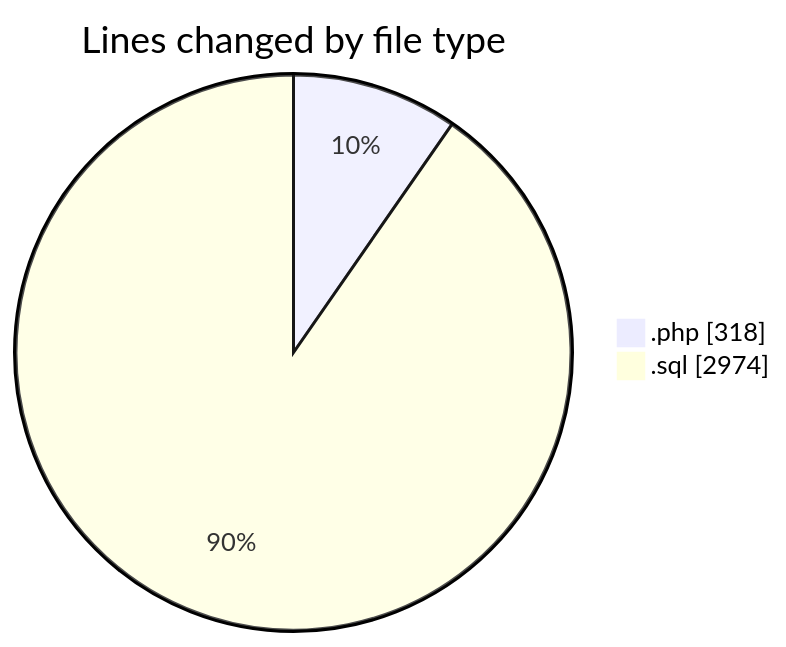
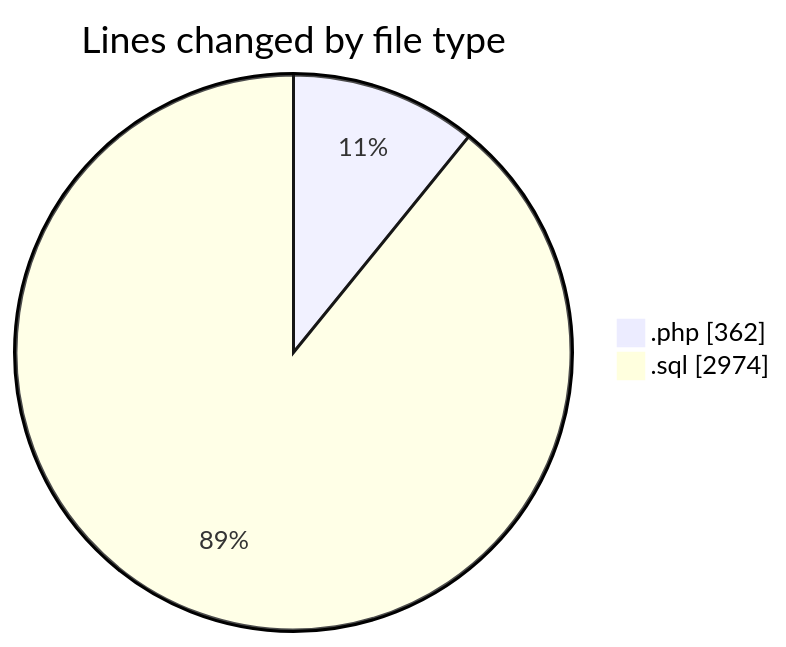
One commit to LanceThiago/code-tracking changed the first of 2 diagrams in 2026-02-06/enviar_facturas/README.md. Above: the diagram before and after it, drawn with Mermaid. The commit also changed other lines of this file and 1 other file, not shown here.

````diff
--- a/2026-02-06/enviar_facturas/README.md
+++ b/2026-02-06/enviar_facturas/README.md
@@ -21,6 +21,6 @@
 ```mermaid
 pie showData
 title Lines changed by file type
-".php" : 318
+".php" : 362
 ".sql" : 2974
 ```
````
